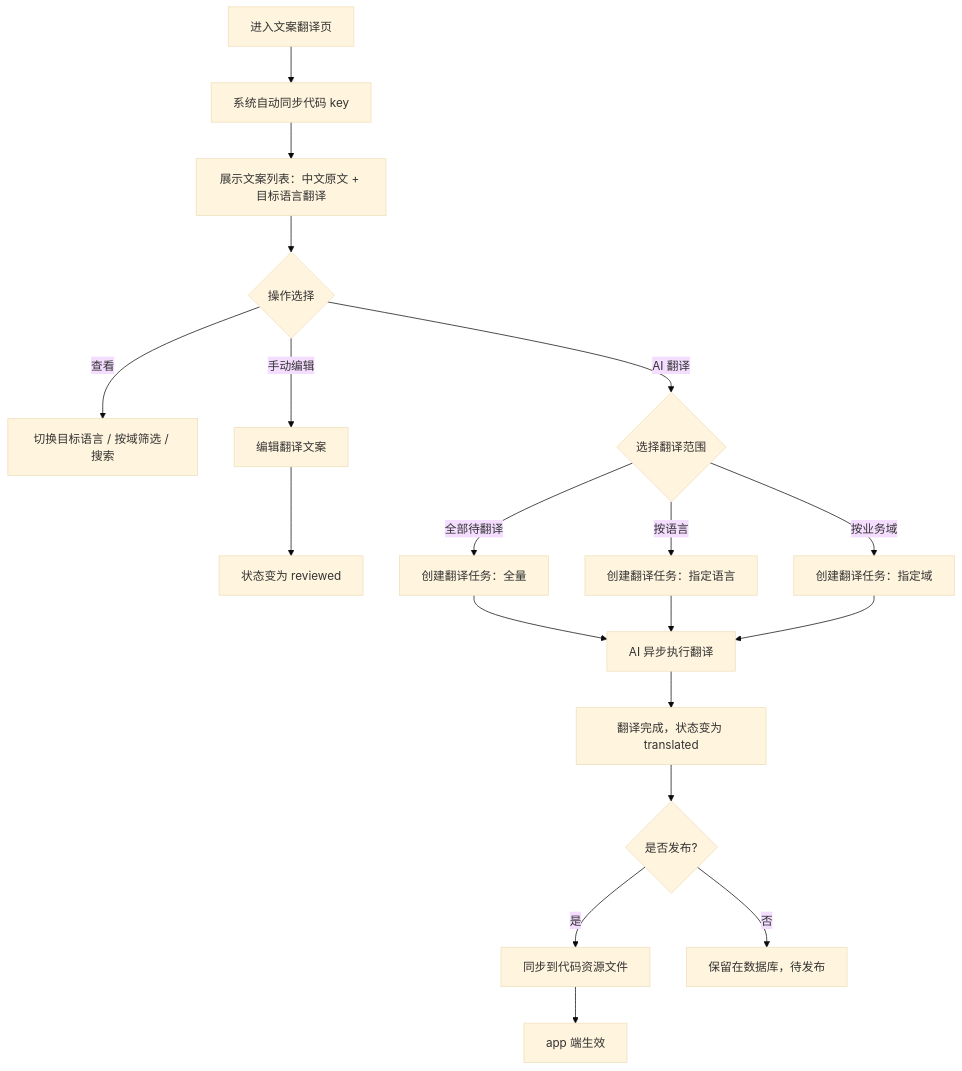
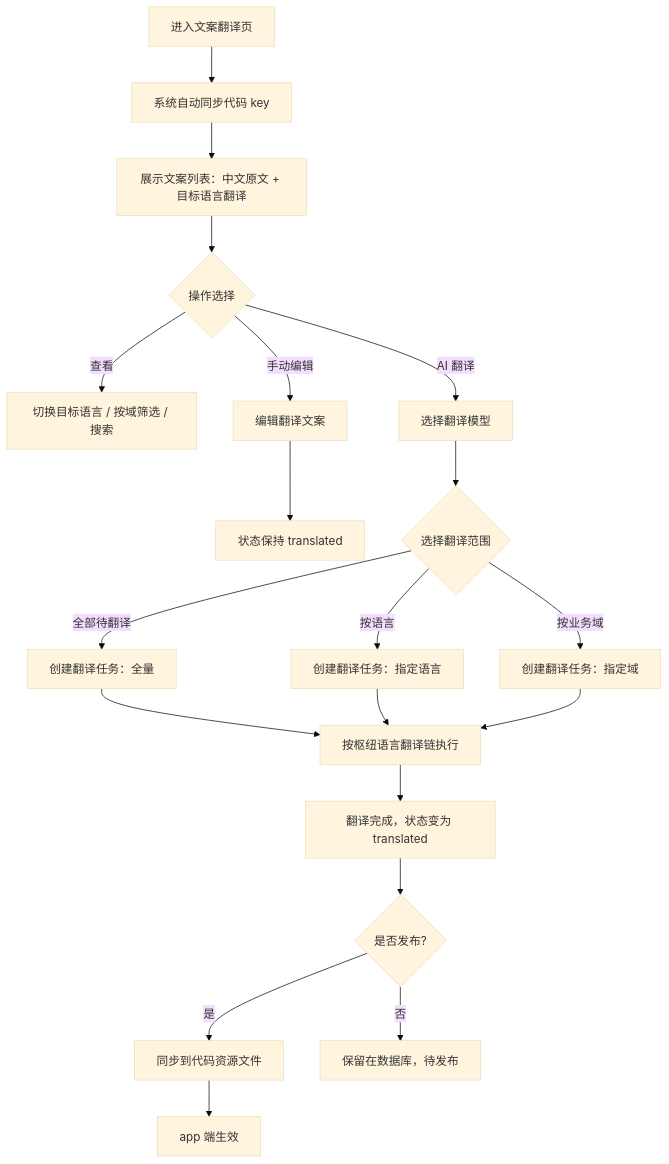
Before and after one commit to foryou2026/chinese: the second of 8 diagrams in docs/C02-ia-interaction/admin/i18n/translation-hub/02-flows.md, drawn with Mermaid (base theme). The commit also changed other lines of this file and 33 other files, not shown here.

````diff
--- a/docs/C02-ia-interaction/admin/i18n/translation-hub/02-flows.md
+++ b/docs/C02-ia-interaction/admin/i18n/translation-hub/02-flows.md
@@ -19,19 +19,20 @@
 ```mermaid
 flowchart TD
     A[进入文案翻译页] --> B[系统自动同步代码 key]
     B --> C[展示文案列表：中文原文 + 目标语言翻译]
     C --> D{操作选择}
     D -->|查看| E[切换目标语言 / 按域筛选 / 搜索]
     D -->|手动编辑| F[编辑翻译文案]
-    F --> G[状态变为 reviewed]
-    D -->|AI 翻译| H{选择翻译范围}
-    H -->|全部待翻译| I[创建翻译任务：全量]
-    H -->|按语言| J[创建翻译任务：指定语言]
-    H -->|按业务域| K[创建翻译任务：指定域]
-    I & J & K --> L[AI 异步执行翻译]
-    L --> M[翻译完成，状态变为 translated]
-    M --> N{是否发布?}
-    N -->|是| O[同步到代码资源文件]
-    O --> P[app 端生效]
-    N -->|否| Q[保留在数据库，待发布]
+    F --> G[状态保持 translated]
+    D -->|AI 翻译| H[选择翻译模型]
+    H --> I{选择翻译范围}
+    I -->|全部待翻译| J[创建翻译任务：全量]
+    I -->|按语言| K[创建翻译任务：指定语言]
+    I -->|按业务域| L[创建翻译任务：指定域]
+    J & K & L --> M[按枢纽语言翻译链执行]
+    M --> N[翻译完成，状态变为 translated]
+    N --> O{是否发布?}
+    O -->|是| P[同步到代码资源文件]
+    P --> Q[app 端生效]
+    O -->|否| R[保留在数据库，待发布]
 ```
````
